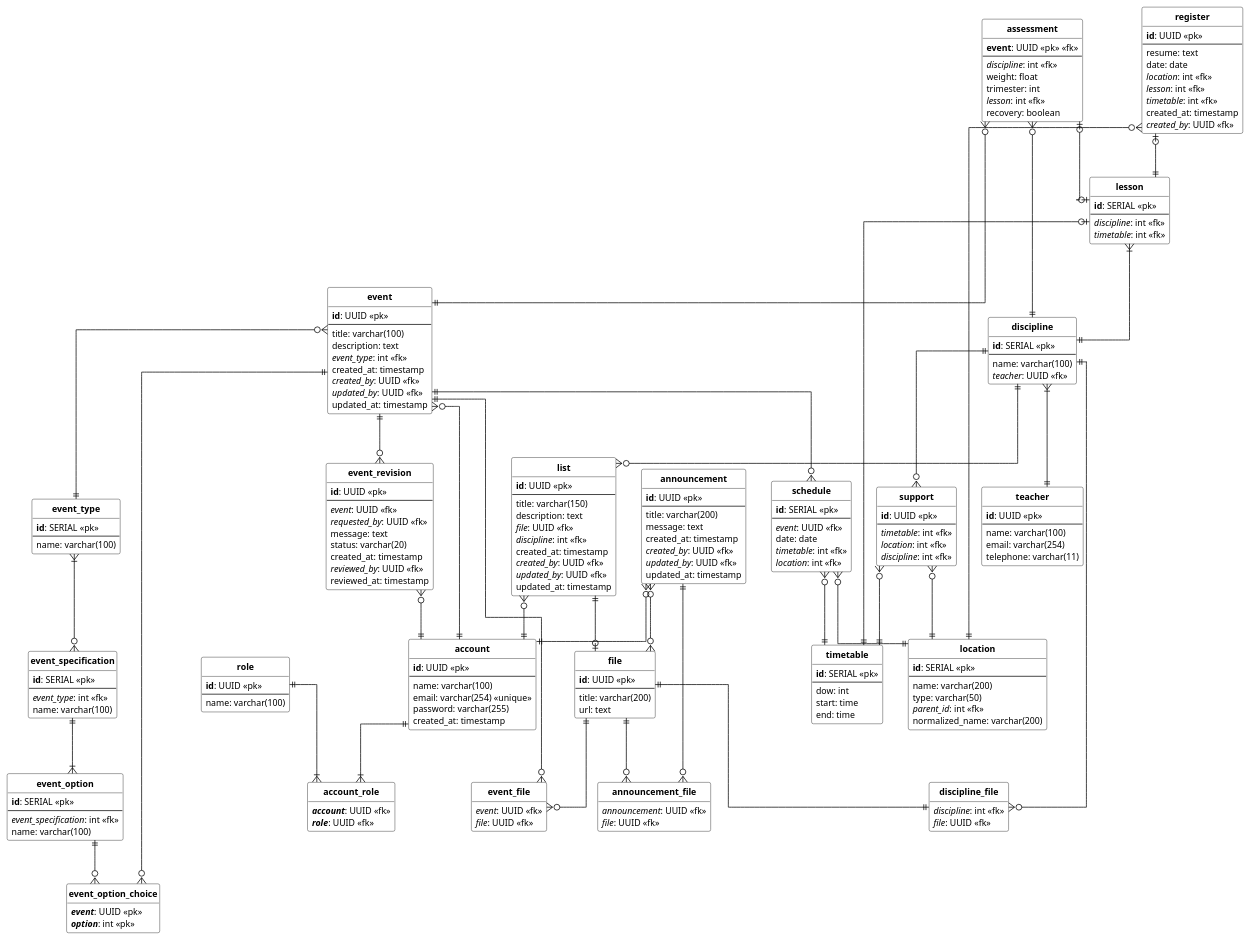
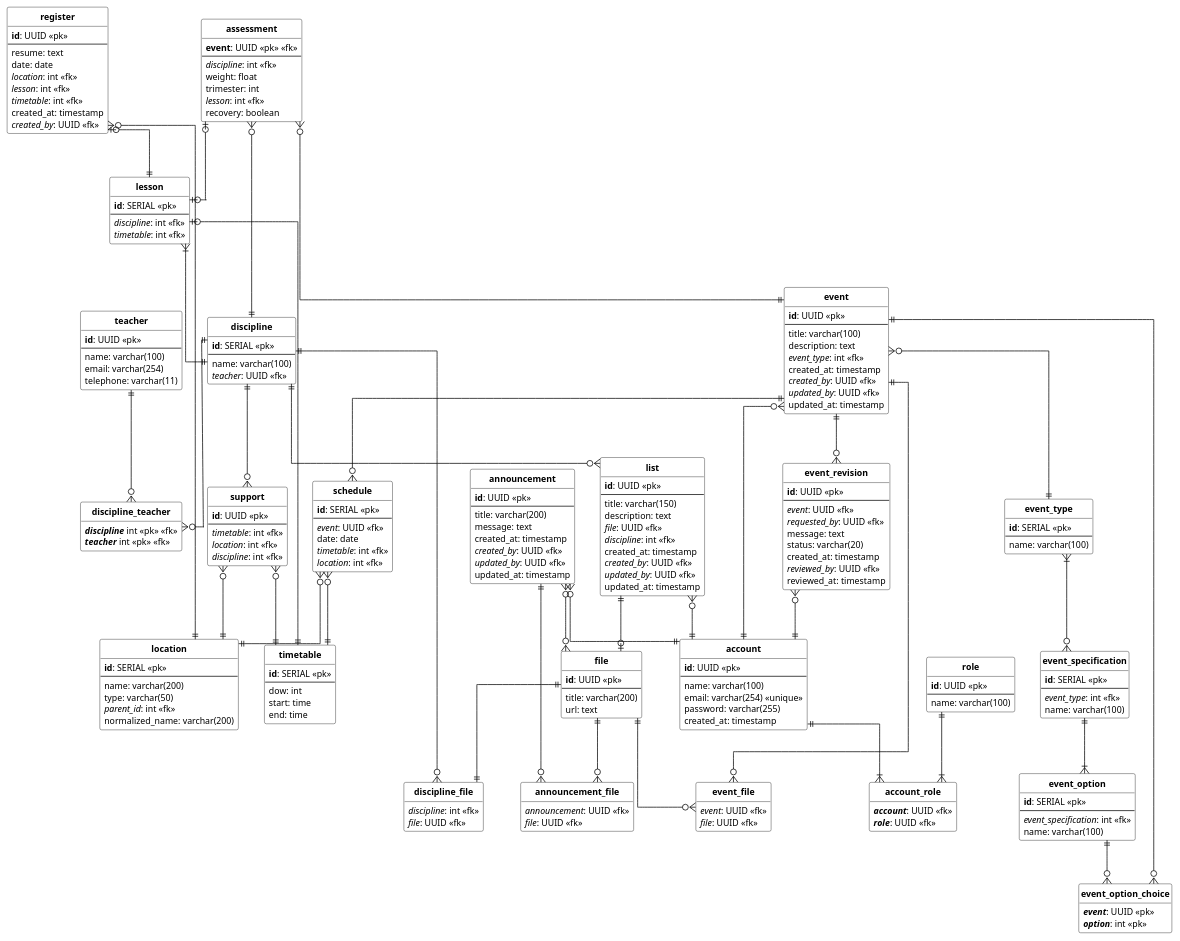
One commit to brunofagundesdev/PlantaLendario changed the diagram in database/modeling.plantuml. Above: the diagram before and after it, drawn with PlantUML. The commit also changed 24 other files, not shown here.

```diff
--- a/database/modeling.plantuml
+++ b/database/modeling.plantuml
@@ -208,7 +208,13 @@
   updated_at: timestamp
 }
 
-discipline }|--|| teacher
+entity discipline_teacher {
+  <i>**discipline**</i> int <<pk>> <<fk>>
+  <i>**teacher**</i> int <<pk>> <<fk>>
+}
+
+discipline ||--o{ discipline_teacher
+teacher ||--o{ discipline_teacher
 lesson }|--|| discipline
 register }o--|| location
 register |o--|| lesson 
```
